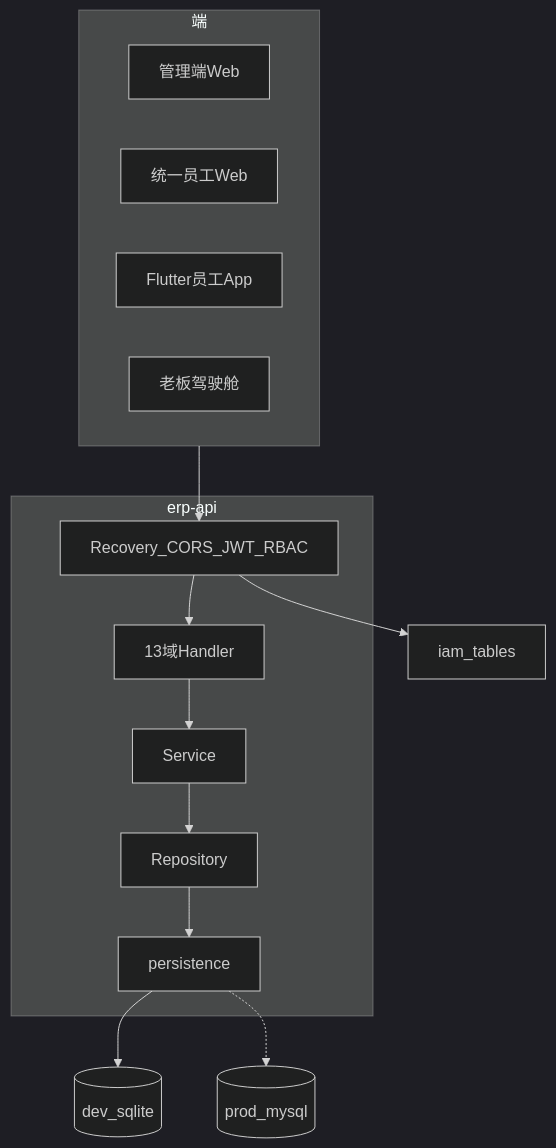
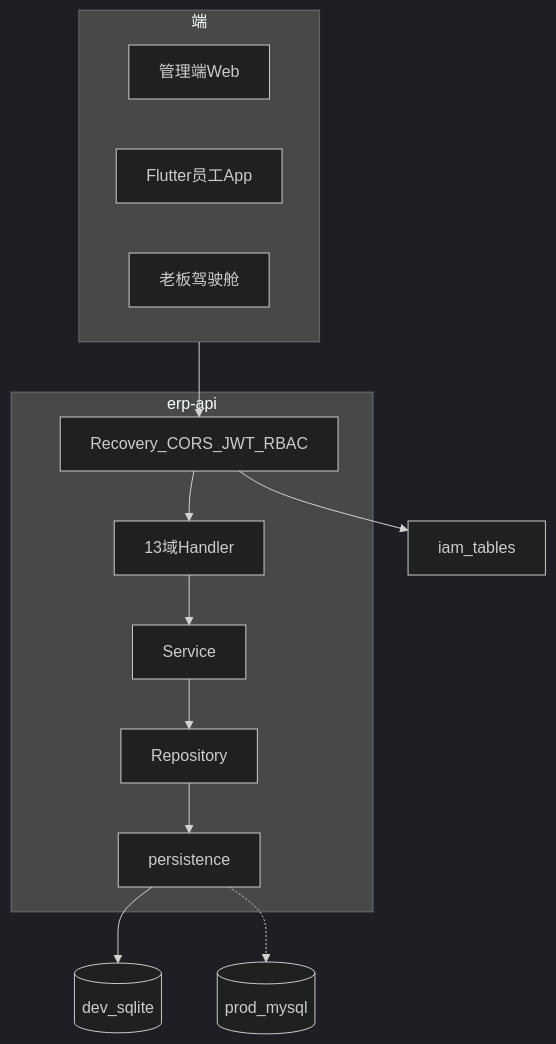
The first of 2 diagrams in docs/系统框架设计.md (jasonkx020/factory-erp), drawn with Mermaid (dark theme) before and after one commit. The commit also changed other lines of this file and 79 other files, not shown here.

````diff
--- a/docs/系统框架设计.md
+++ b/docs/系统框架设计.md
@@ -25,20 +25,19 @@
 ```mermaid
 flowchart TB
   subgraph clients [端]
     Admin[管理端Web]
-    EmployeeWeb[统一员工Web]
     EmployeeApp[Flutter员工App]
     Boss[老板驾驶舱]
   end
   subgraph api [erp-api]
     MW[Recovery_CORS_JWT_RBAC]
     Domains[13域Handler]
     Svc[Service]
     Repo[Repository]
     Persist[persistence]
   end
   clients --> MW --> Domains --> Svc --> Repo --> Persist
   Persist --> SQLite[(dev_sqlite)]
   Persist -.-> MySQL[(prod_mysql)]
   MW --> IAM[iam_tables]
 ```
````
